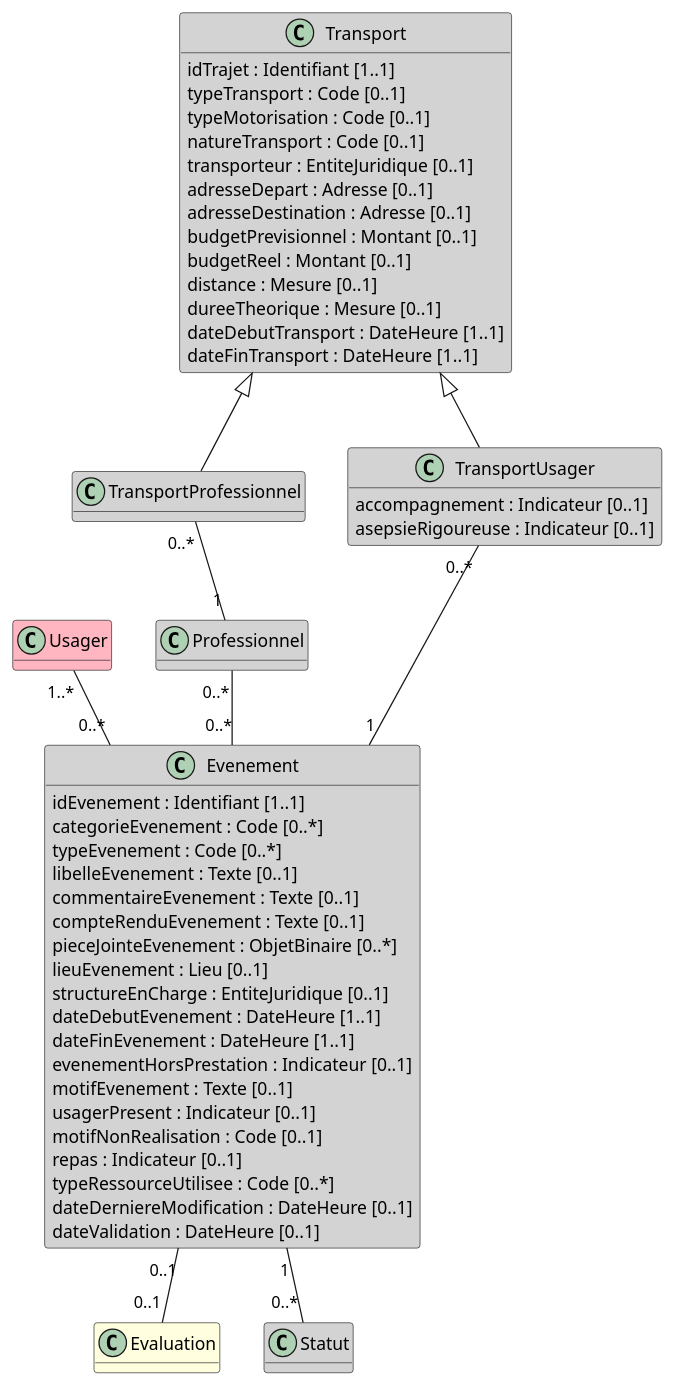
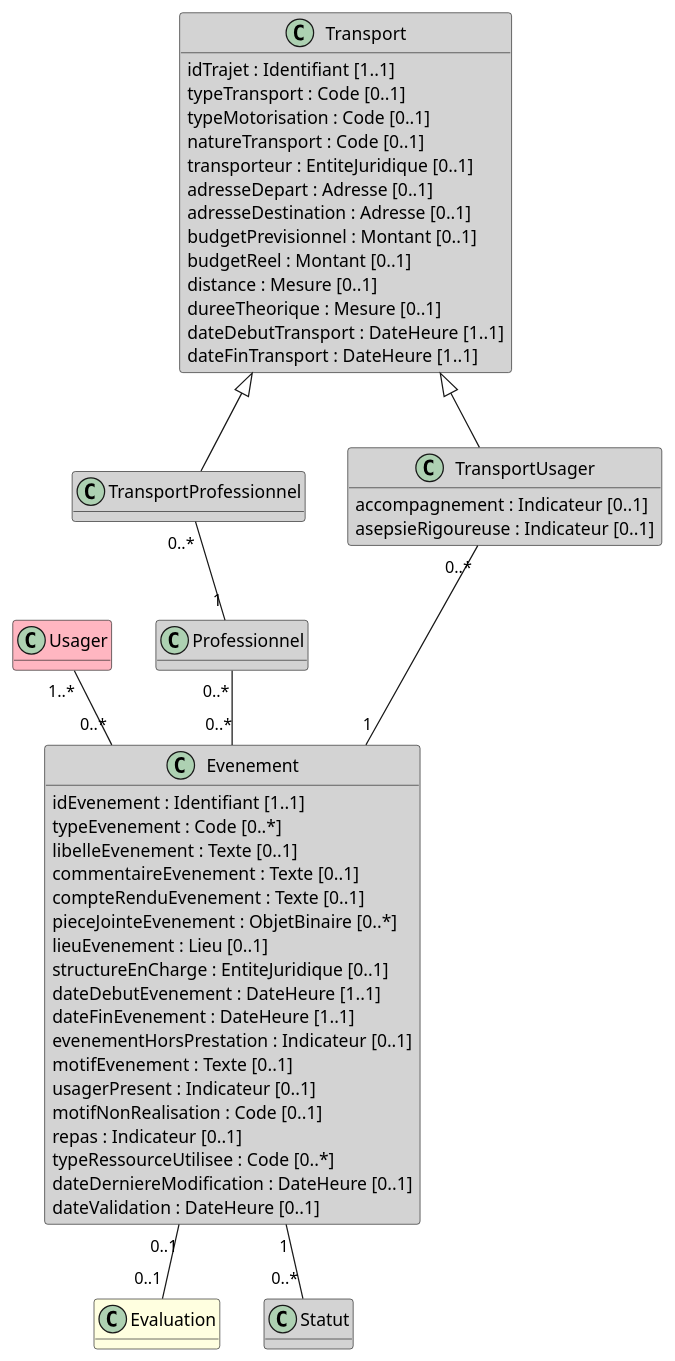
The diagram in input/images-source/bloc_evenement.plantuml (ansforge/IG-fhir-transfert-donnees-dui-esms), drawn with PlantUML before and after one commit. The commit also changed 2 other files, not shown here.

```diff
--- a/input/images-source/bloc_evenement.plantuml
+++ b/input/images-source/bloc_evenement.plantuml
@@ -1,68 +1,67 @@
 @startuml
 
 hide empty methods
 
 class Usager #LightPink
 
 class TransportProfessionnel #LightGray
 
 class Evaluation #LightYellow
 
 class Professionnel #LightGray 
 
 class Statut #LightGray 
 
 class Transport #LightGray {
     idTrajet : Identifiant [1..1]
     typeTransport : Code [0..1]
     typeMotorisation : Code [0..1]
     natureTransport : Code [0..1]
     transporteur : EntiteJuridique [0..1]
     adresseDepart : Adresse [0..1]
     adresseDestination : Adresse [0..1]
     budgetPrevisionnel : Montant [0..1]
     budgetReel : Montant [0..1]
     distance : Mesure [0..1]
     dureeTheorique : Mesure [0..1]
     dateDebutTransport : DateHeure [1..1]
     dateFinTransport : DateHeure [1..1]
 }
 
 class TransportUsager #LightGray {
     accompagnement : Indicateur [0..1]
     asepsieRigoureuse : Indicateur [0..1]
 }
 
 class Evenement #LightGray {
     idEvenement : Identifiant [1..1]
-    categorieEvenement : Code [0..*]
     typeEvenement : Code [0..*]
     libelleEvenement : Texte [0..1]
     commentaireEvenement : Texte [0..1]
     compteRenduEvenement : Texte [0..1]
     pieceJointeEvenement : ObjetBinaire [0..*]
     lieuEvenement : Lieu [0..1]
     structureEnCharge : EntiteJuridique [0..1]
     dateDebutEvenement : DateHeure [1..1]
     dateFinEvenement : DateHeure [1..1]
     evenementHorsPrestation : Indicateur [0..1]
     motifEvenement : Texte [0..1]
     usagerPresent : Indicateur [0..1]
     motifNonRealisation : Code [0..1]
     repas : Indicateur [0..1]
     typeRessourceUtilisee : Code [0..*]
     dateDerniereModification : DateHeure [0..1]
     dateValidation : DateHeure [0..1]
 }
 
 Usager "1..*" -- "0..*" Evenement
 Professionnel "0..*" -- "0..*" Evenement
 Transport <|-- TransportProfessionnel
 Transport <|-- TransportUsager
 TransportUsager "0..*" -- "1" Evenement
 TransportProfessionnel "0..*" -- "1" Professionnel
 Evenement "0..1" -- "0..1" Evaluation
 Evenement "1" -- "0..*" Statut
 
 
 @enduml
```
